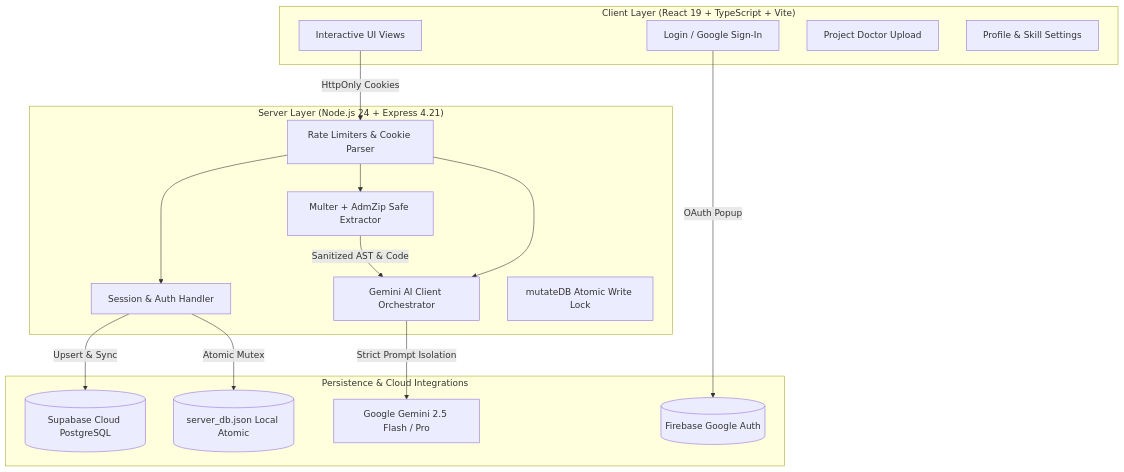
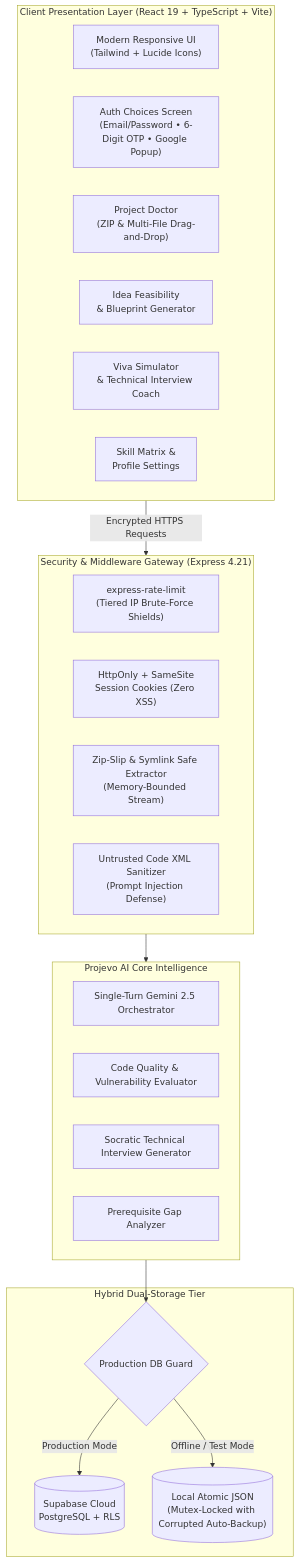
One commit to CMonika67/Projevo-AI changed the diagram in README.md. Above: the diagram before and after it, drawn with Mermaid. The commit also changed other lines of this file, not shown here.

Commit message:
docs: upgrade README with competitive uniqueness matrix, architecture diagrams, and 175-test breakdown

````diff
--- a/README.md
+++ b/README.md
@@ -88,35 +55,37 @@
 ```mermaid
-flowchart TD
-    subgraph Client ["Client Layer (React 19 + TypeScript + Vite)"]
-        UI[Interactive UI Views]
-        AuthUI[Login / Google Sign-In]
-        DoctorUI[Project Doctor Upload]
-        ProfileUI[Profile & Skill Settings]
+flowchart TB
+    subgraph Client ["Client Presentation Layer (React 19 + TypeScript + Vite)"]
+        UI["Modern Responsive UI\n(Tailwind + Lucide Icons)"]
+        AuthView["Auth Choices Screen\n(Email/Password • 6-Digit OTP • Google Popup)"]
+        DoctorView["Project Doctor\n(ZIP & Multi-File Drag-and-Drop)"]
+        IdeaView["Idea Feasibility\n& Blueprint Generator"]
+        InterviewView["Viva Simulator\n& Technical Interview Coach"]
+        ProfileView["Skill Matrix &\nProfile Settings"]
     end
 
-    subgraph Server ["Server Layer (Node.js 24 + Express 4.21)"]
-        MW[Rate Limiters & Cookie Parser]
-        AuthRouter[Session & Auth Handler]
-        DoctorRouter[Multer + AdmZip Safe Extractor]
-        AIRouter[Gemini AI Client Orchestrator]
-        Mutex[mutateDB Atomic Write Lock]
+    subgraph SecurityGateway ["Security & Middleware Gateway (Express 4.21)"]
+        RateLimit["express-rate-limit\n(Tiered IP Brute-Force Shields)"]
+        CookieShield["HttpOnly + SameSite\nSession Cookies (Zero XSS)"]
+        SafeExtractor["Zip-Slip & Symlink Safe Extractor\n(Memory-Bounded Stream)"]
+        PromptQuarantine["Untrusted Code XML Sanitizer\n(Prompt Injection Defense)"]
     end
 
-    subgraph Data ["Persistence & Cloud Integrations"]
-        LocalDB[(server_db.json Local Atomic)]
-        Supabase[(Supabase Cloud PostgreSQL)]
-        Firebase[(Firebase Google Auth)]
-        Gemini[Google Gemini 2.5 Flash / Pro]
+    subgraph CoreEngine ["Projevo AI Core Intelligence"]
+        Orchestrator["Single-Turn Gemini 2.5 Orchestrator"]
+        DiagnosticEngine["Code Quality & Vulnerability Evaluator"]
+        VivaEngine["Socratic Technical Interview Generator"]
+        SkillEngine["Prerequisite Gap Analyzer"]
     end
 
-    UI -->|HttpOnly Cookies| MW
-    MW --> AuthRouter
-    MW --> DoctorRouter
-    MW --> AIRouter
-    
-    AuthUI -->|OAuth Popup| Firebase
-    AuthRouter -->|Upsert & Sync| Supabase
-    AuthRouter -->|Atomic Mutex| LocalDB
-    DoctorRouter -->|Sanitized AST & Code| AIRouter
-    AIRouter -->|Strict Prompt Isolation| Gemini
+    subgraph Persistence ["Hybrid Dual-Storage Tier"]
+        DBGuard{"Production DB Guard"}
+        SupabaseDB[("Supabase Cloud\nPostgreSQL + RLS")]
+        LocalDB[("Local Atomic JSON\n(Mutex-Locked with Corrupted Auto-Backup)")]
+    end
+
+    Client -->|Encrypted HTTPS Requests| SecurityGateway
+    SecurityGateway --> CoreEngine
+    CoreEngine --> DBGuard
+    DBGuard -->|Production Mode| SupabaseDB
+    DBGuard -->|Offline / Test Mode| LocalDB
 ```
````
